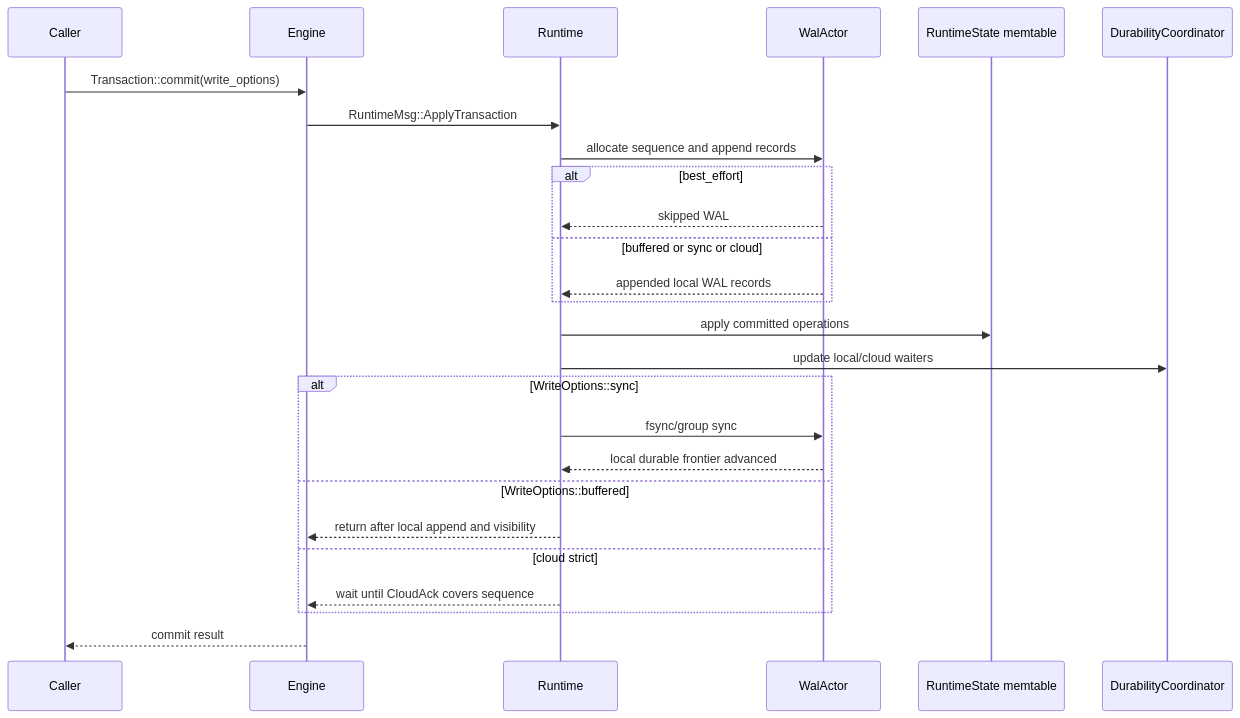
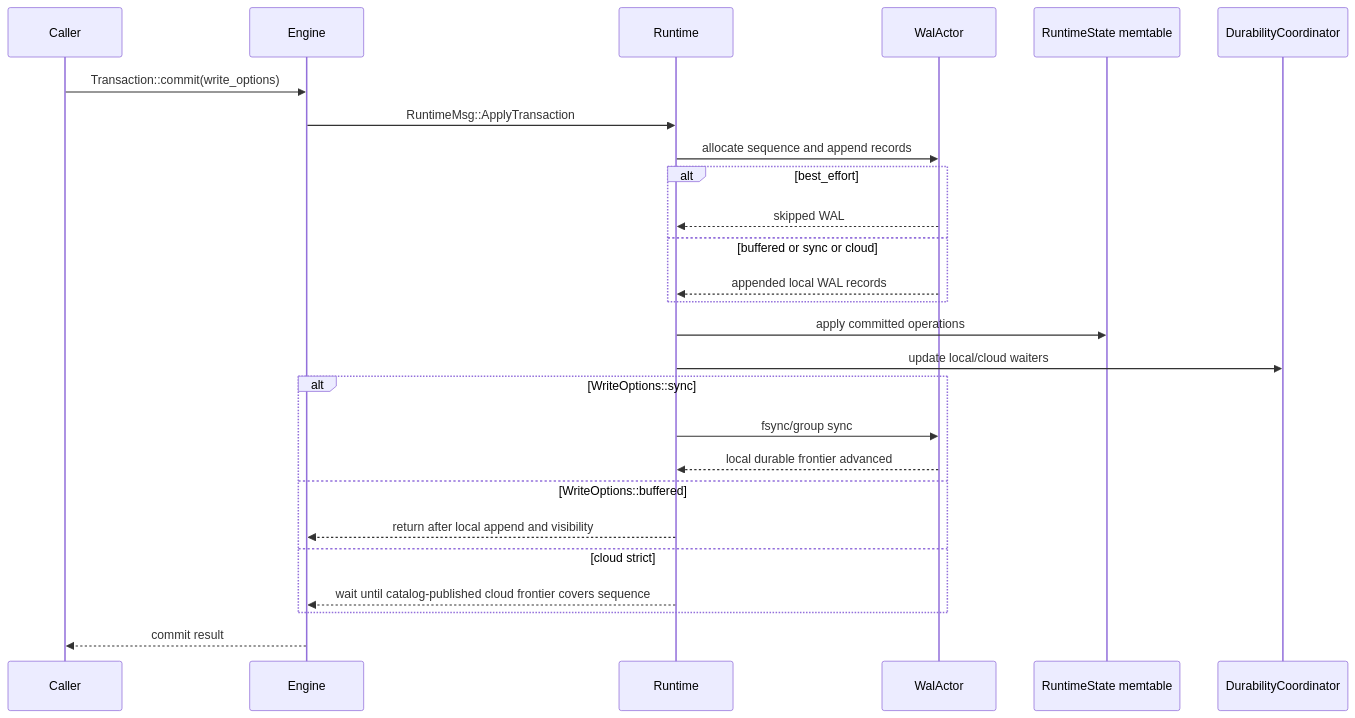
The third of 10 diagrams in docs/development/architecture-diagrams.md (cntryl/midge), drawn with Mermaid before and after one commit. The commit also changed other lines of this file and 36 other files, not shown here.

````diff
--- a/docs/development/architecture-diagrams.md
+++ b/docs/development/architecture-diagrams.md
@@ -98,33 +102,33 @@
 ```mermaid
 sequenceDiagram
     participant Caller
     participant Engine
     participant Runtime
     participant WAL as WalActor
     participant Memtable as RuntimeState memtable
     participant Durability as DurabilityCoordinator
 
     Caller->>Engine: Transaction::commit(write_options)
     Engine->>Runtime: RuntimeMsg::ApplyTransaction
     Runtime->>WAL: allocate sequence and append records
 
     alt best_effort
         WAL-->>Runtime: skipped WAL
     else buffered or sync or cloud
         WAL-->>Runtime: appended local WAL records
     end
 
     Runtime->>Memtable: apply committed operations
     Runtime->>Durability: update local/cloud waiters
 
     alt WriteOptions::sync
         Runtime->>WAL: fsync/group sync
         WAL-->>Runtime: local durable frontier advanced
     else WriteOptions::buffered
         Runtime-->>Engine: return after local append and visibility
     else cloud strict
-        Runtime-->>Engine: wait until CloudAck covers sequence
+        Runtime-->>Engine: wait until catalog-published cloud frontier covers sequence
     end
 
     Engine-->>Caller: commit result
 ```
````
